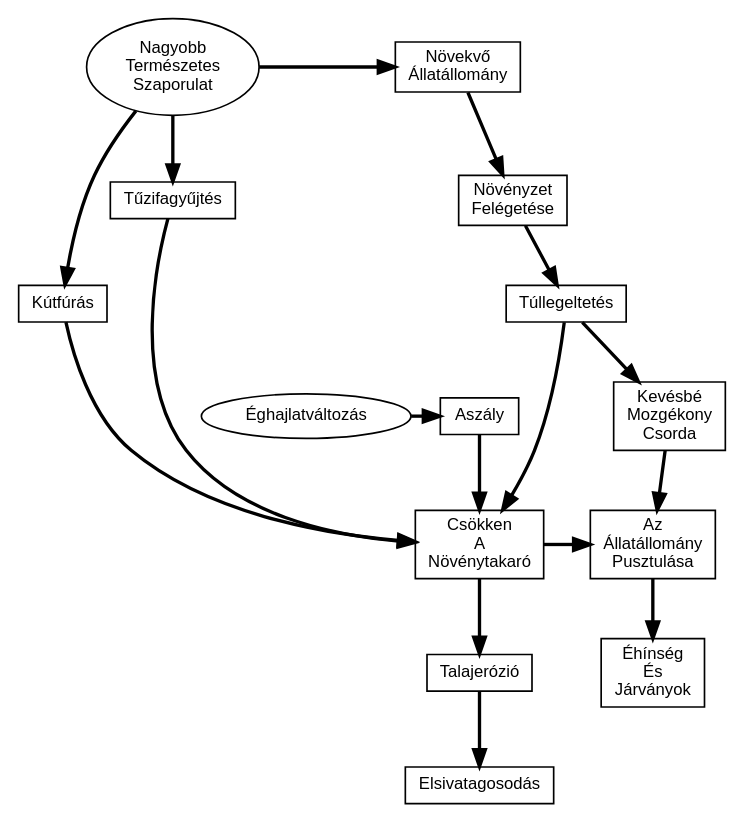
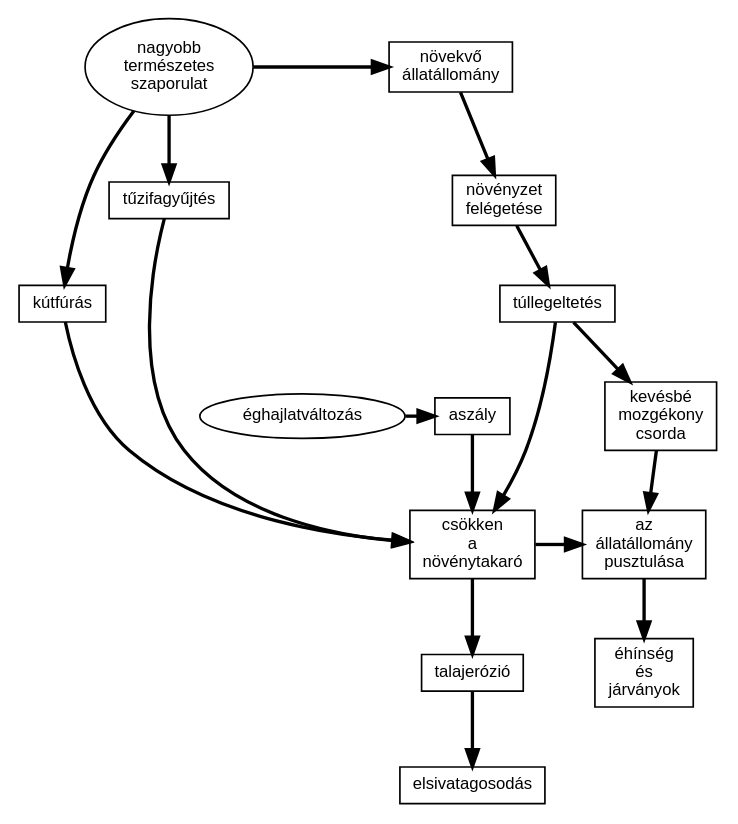
The diagram in graph.dot (farkasmark/mikrotanitas), drawn with Graphviz before and after one commit. The commit also changed 2 other files, not shown here.

```diff
--- a/graph.dot
+++ b/graph.dot
@@ -1,54 +1,54 @@
 digraph G {
   rankdir = TD;
   bgcolor = "#ffffff";
 
   // Define node styles and colors for categories in black and white
   node [style=filled, fontname="Arial", fontsize=10, shape=rect, width=0.4, height=0.3, fillcolor=white, color=black];
 
   // Nodes with their labels
-  nagyobb_termeszetes_szaporulat [label="Nagyobb\nTermészetes\nSzaporulat", shape=ellipse];
-  eghajlatvaltozas [label="Éghajlatváltozás", shape=ellipse];
-  aszaly [label="Aszály"];
+  nagyobb_termeszetes_szaporulat [label="nagyobb\ntermészetes\nszaporulat", shape=ellipse];
+  eghajlatvaltozas [label="éghajlatváltozás", shape=ellipse];
+  aszaly [label="aszály"];
   
-  novekvo_allatallomany [label="Növekvő\nÁllatállomány"];
-  kutfuras [label="Kútfúrás"];
-  tuzifagyujtes [label="Tűzifagyűjtés"];
-  novenyzet_felegetese [label="Növényzet\nFelégetése"];
-  tullegeltetes [label="Túllegeltetés"];
-  kevesbe_mozgekony_csorda [label="Kevésbé\nMozgékony\nCsorda"];
+  novekvo_allatallomany [label="növekvő\nállatállomány"];
+  kutfuras [label="kútfúrás"];
+  tuzifagyujtes [label="tűzifagyűjtés"];
+  novenyzet_felegetese [label="növényzet\nfelégetése"];
+  tullegeltetes [label="túllegeltetés"];
+  kevesbe_mozgekony_csorda [label="kevésbé\nmozgékony\ncsorda"];
 
-  csokken_a_novenytakaro [label="Csökken\nA\nNövénytakaró"];
-  az_allatallomany_pusztulasa [label="Az\nÁllatállomány\nPusztulása"];
-  talajerozio [label="Talajerózió"];
-  elsivatagosodas [label="Elsivatagosodás"];
-  ehhinseg_es_jarvanyok [label="Éhínség\nÉs\nJárványok"];
+  csokken_a_novenytakaro [label="csökken\na\nnövénytakaró"];
+  az_allatallomany_pusztulasa [label="az\nállatállomány\npusztulása"];
+  talajerozio [label="talajerózió"];
+  elsivatagosodas [label="elsivatagosodás"];
+  ehhinseg_es_jarvanyok [label="éhínség\nés\njárványok"];
 
   // Ranks for nodes
   {rank=same nagyobb_termeszetes_szaporulat novekvo_allatallomany}
   {rank=same eghajlatvaltozas aszaly}
   {rank=same csokken_a_novenytakaro az_allatallomany_pusztulasa}
 
   // Edges between nodes in black
   nagyobb_termeszetes_szaporulat -> novekvo_allatallomany [color=black, penwidth=2];
   nagyobb_termeszetes_szaporulat -> kutfuras [color=black, penwidth=2];
   nagyobb_termeszetes_szaporulat -> tuzifagyujtes [color=black, penwidth=2];
 
   eghajlatvaltozas -> aszaly [color=black, penwidth=2];
 
   novekvo_allatallomany -> novenyzet_felegetese [color=black, penwidth=2];
   novenyzet_felegetese -> tullegeltetes [color=black, penwidth=2];
   tullegeltetes -> kevesbe_mozgekony_csorda [color=black, penwidth=2];
 
   kutfuras -> csokken_a_novenytakaro [color=black, penwidth=2];
   tuzifagyujtes -> csokken_a_novenytakaro [color=black, penwidth=2];
   tullegeltetes -> csokken_a_novenytakaro [color=black, penwidth=2];
   aszaly -> csokken_a_novenytakaro [color=black, penwidth=2];
 
   csokken_a_novenytakaro -> az_allatallomany_pusztulasa [color=black, penwidth=2];
   kevesbe_mozgekony_csorda -> az_allatallomany_pusztulasa [color=black, penwidth=2];
   
   csokken_a_novenytakaro -> talajerozio [color=black, penwidth=2];
   talajerozio -> elsivatagosodas [color=black, penwidth=2];
 
   az_allatallomany_pusztulasa -> ehhinseg_es_jarvanyok [color=black, penwidth=2];
 }
```
